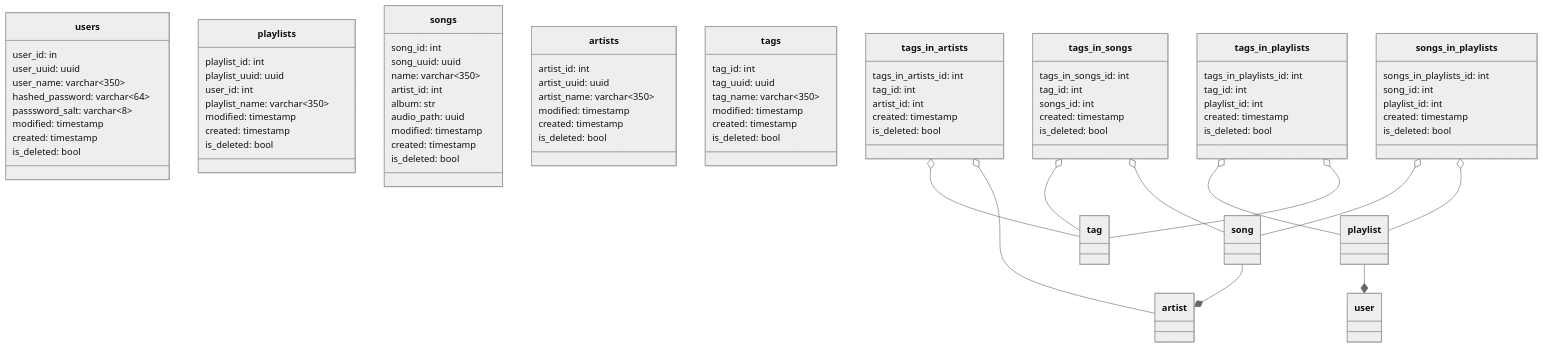
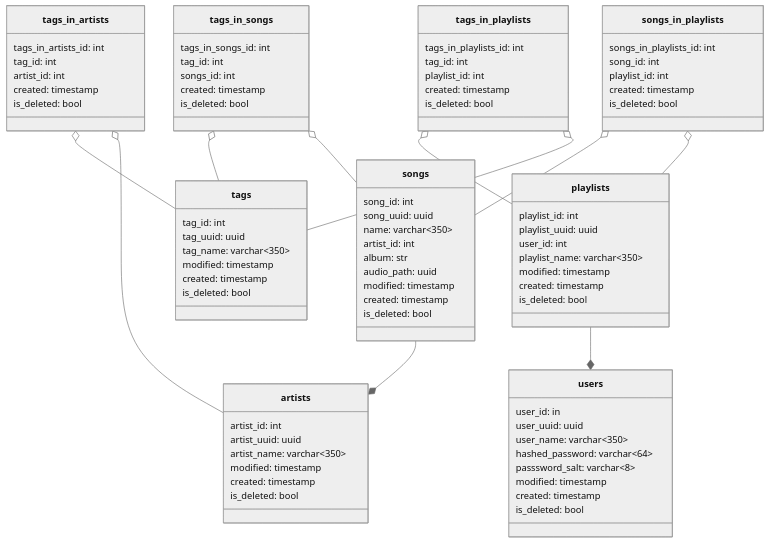
The first of 2 diagrams in README.md (theglobehead/playlist-app-with-fastapi-react), drawn with Mermaid (neutral theme) before and after one commit. The commit also changed 14 other files, not shown here.

````diff
--- a/README.md
+++ b/README.md
@@ -87,18 +87,18 @@
         is_deleted: bool
     }
 
-    tags_in_playlists o-- playlist
-    tags_in_playlists o-- tag
+    tags_in_playlists o-- playlists
+    tags_in_playlists o-- tags
 
-    tags_in_songs o-- tag
-    tags_in_songs o-- song
+    tags_in_songs o-- tags
+    tags_in_songs o-- songs
 
-    tags_in_artists o-- tag
-    tags_in_artists o-- artist
+    tags_in_artists o-- tags
+    tags_in_artists o-- artists
 
-    songs_in_playlists o-- song
-    songs_in_playlists o-- playlist
+    songs_in_playlists o-- songs
+    songs_in_playlists o-- playlists
 
-    playlist --* user
-    song --* artist
+    playlists --* users
+    songs --* artists
 ```
````
